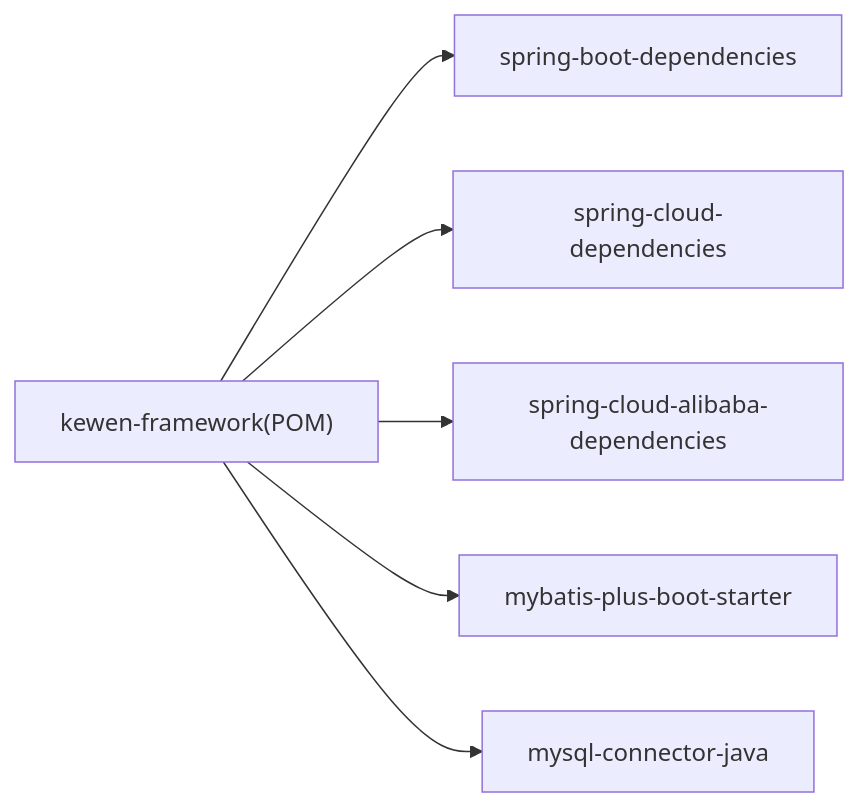
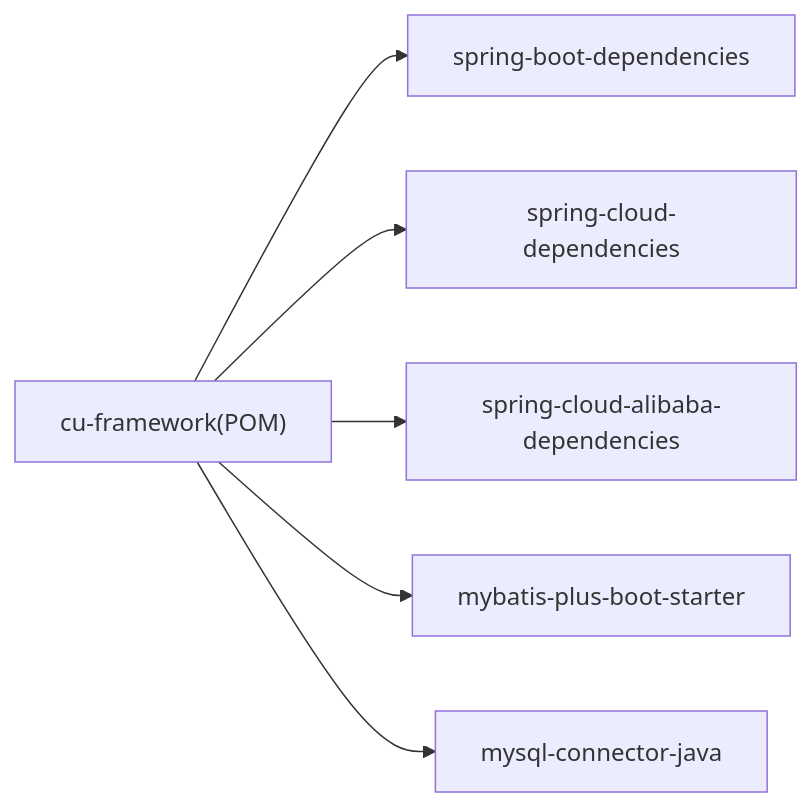
One commit to LiukewenSC/kewen-framework changed the third of 3 diagrams in .qoder/repowiki/zh/content/开发指南/构建与部署.md. Above: the diagram before and after it, drawn with Mermaid. The commit also changed other lines of this file and 764 other files, not shown here.

````diff
--- a/.qoder/repowiki/zh/content/开发指南/构建与部署.md
+++ b/.qoder/repowiki/zh/content/开发指南/构建与部署.md
@@ -204,8 +204,8 @@
 ```mermaid
 graph LR
-root["kewen-framework(POM)"] --> sb["spring-boot-dependencies"]
+root["cu-framework(POM)"] --> sb["spring-boot-dependencies"]
 root --> sc["spring-cloud-dependencies"]
 root --> sca["spring-cloud-alibaba-dependencies"]
 root --> mb["mybatis-plus-boot-starter"]
 root --> mysql["mysql-connector-java"]
 ```
````
